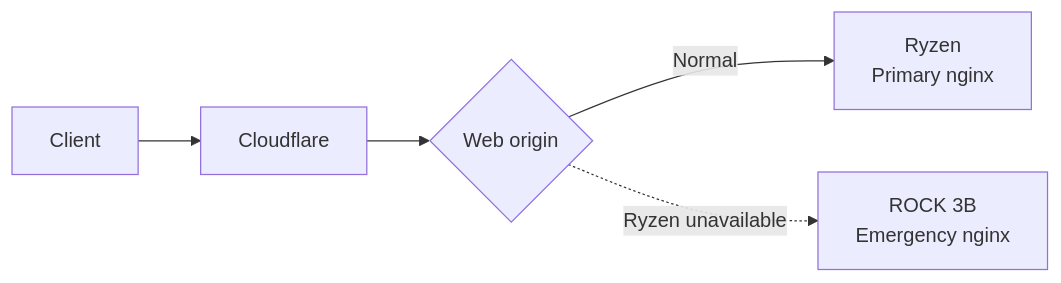
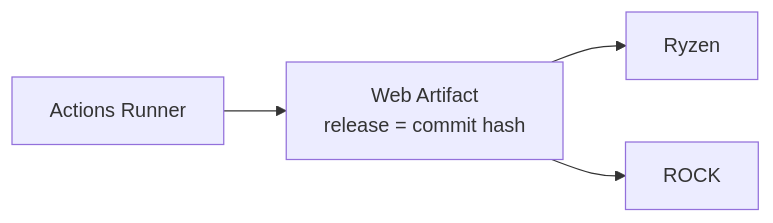
The third of 11 diagrams in requirements-and-roadmap.md (canta-9142/servers-config), drawn with Mermaid before and after one commit. The commit also changed other lines of this file, not shown here.

````diff
--- a/requirements-and-roadmap.md
+++ b/requirements-and-roadmap.md
@@ -210,14 +423,12 @@
 ```mermaid
 flowchart LR
-    Client["Client"]
-    CF["Cloudflare"]
-    Select{"Web origin"}
+    Runner["Actions Runner"]
+    Artifact["Web Artifact<br>release = commit hash"]
 
-    Ryzen["Ryzen<br>Primary nginx"]
-    Rock["ROCK 3B<br>Emergency nginx"]
+    Ryzen["Ryzen"]
+    Rock["ROCK"]
 
-    Client --> CF
-    CF --> Select
-    Select -->|"Normal"| Ryzen
-    Select -.->|"Ryzen unavailable"| Rock
+    Runner --> Artifact
+    Artifact --> Ryzen
+    Artifact --> Rock
 ```
````
